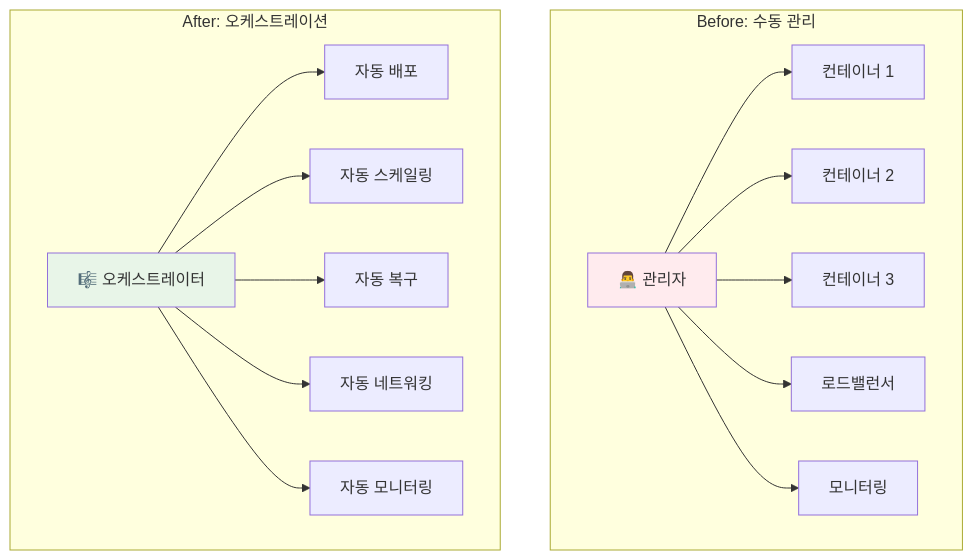
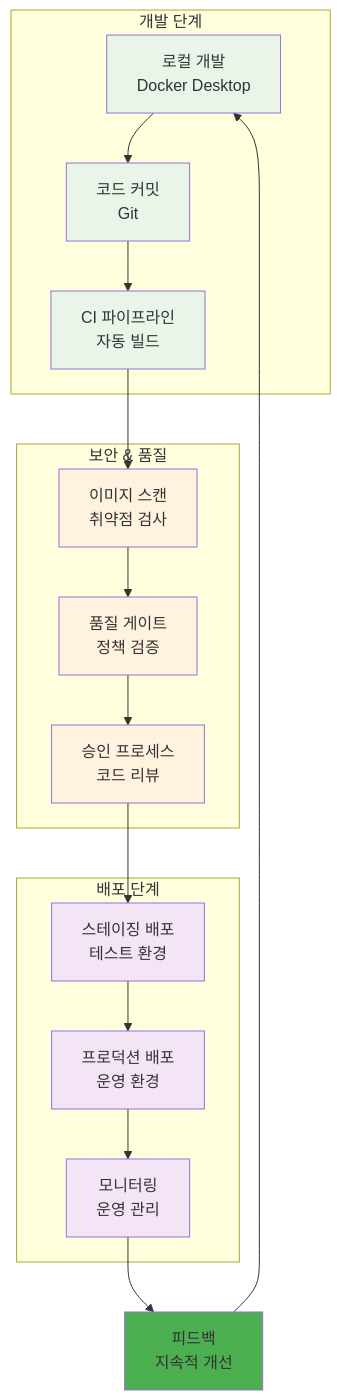
Before and after one commit to niceguy61/kdt_devops_lecture_2025: the first of 3 diagrams in theory/week_02/day4/session_2.md, drawn with Mermaid. The commit also changed other lines of this file and 27 other files, not shown here.

````diff
--- a/theory/week_02/day4/session_2.md
+++ b/theory/week_02/day4/session_2.md
@@ -46,21 +27,33 @@
 ```mermaid
 graph TB
-    subgraph "Before: 수동 관리"
-        A1[👨‍💻 관리자] --> B1[컨테이너 1]
-        A1 --> B2[컨테이너 2]
-        A1 --> B3[컨테이너 3]
-        A1 --> B4[로드밸런서]
-        A1 --> B5[모니터링]
+    subgraph "개발 단계"
+        A[로컬 개발<br/>Docker Desktop] --> B[코드 커밋<br/>Git]
+        B --> C[CI 파이프라인<br/>자동 빌드]
     end
     
-    subgraph "After: 오케스트레이션"
-        C1[🎼 오케스트레이터] --> D1[자동 배포]
-        C1 --> D2[자동 스케일링]
-        C1 --> D3[자동 복구]
-        C1 --> D4[자동 네트워킹]
-        C1 --> D5[자동 모니터링]
+    subgraph "보안 & 품질"
+        D[이미지 스캔<br/>취약점 검사] --> E[품질 게이트<br/>정책 검증]
+        E --> F[승인 프로세스<br/>코드 리뷰]
     end
     
-    style A1 fill:#ffebee
-    style C1 fill:#e8f5e8
+    subgraph "배포 단계"
+        G[스테이징 배포<br/>테스트 환경] --> H[프로덕션 배포<br/>운영 환경]
+        H --> I[모니터링<br/>운영 관리]
+    end
+    
+    C --> D
+    F --> G
+    I --> J[피드백<br/>지속적 개선]
+    J --> A
+    
+    style A fill:#e8f5e8
+    style B fill:#e8f5e8
+    style C fill:#e8f5e8
+    style D fill:#fff3e0
+    style E fill:#fff3e0
+    style F fill:#fff3e0
+    style G fill:#f3e5f5
+    style H fill:#f3e5f5
+    style I fill:#f3e5f5
+    style J fill:#4caf50
 ```
````
